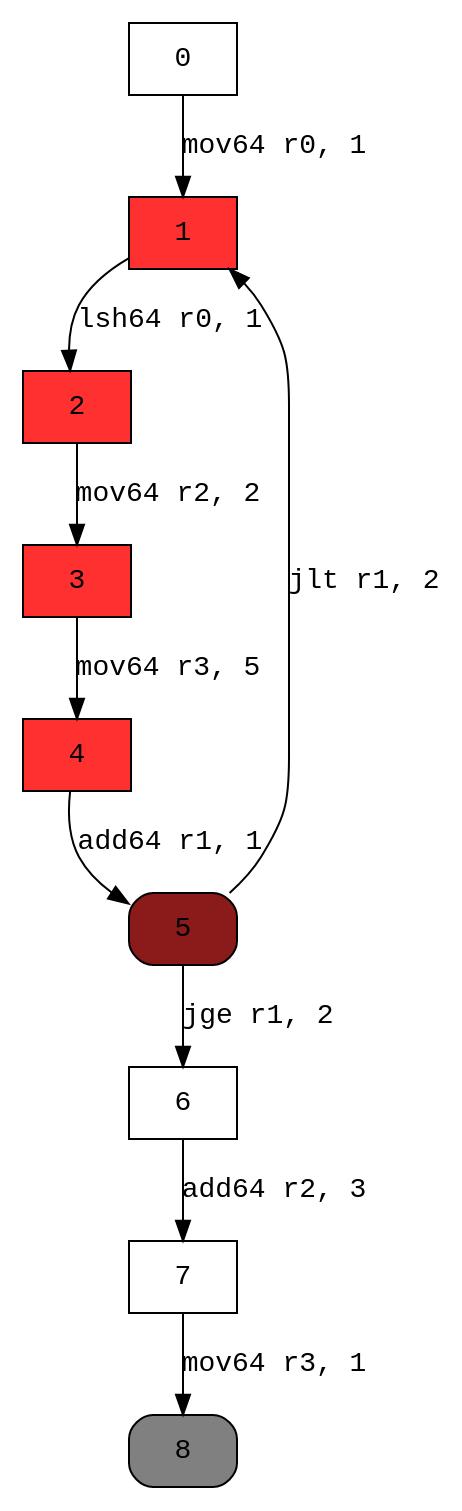
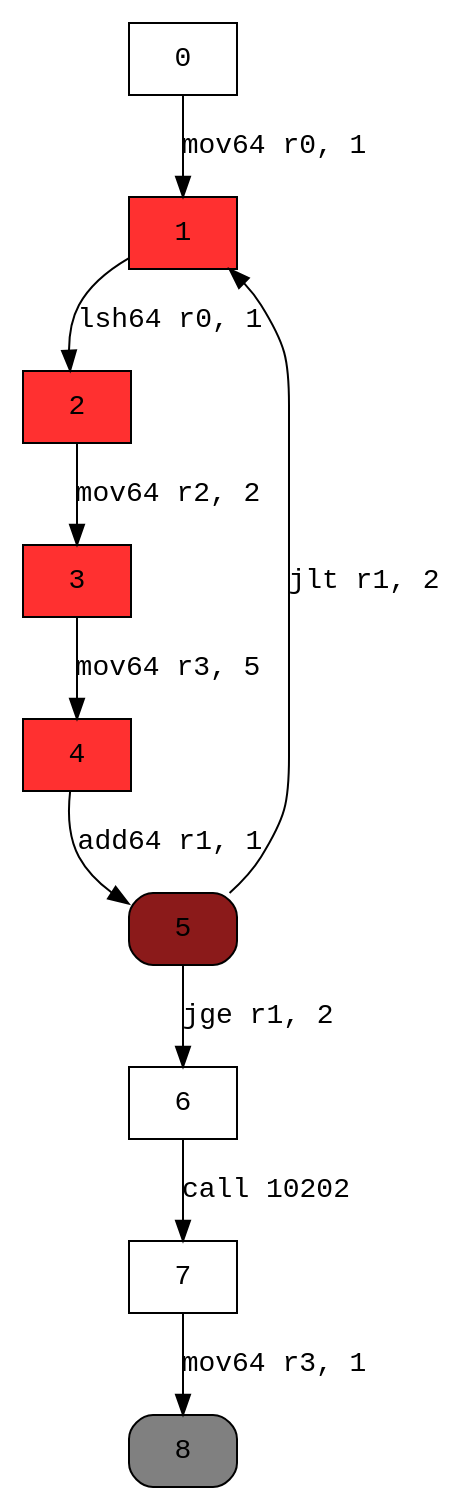
Before and after one commit to XicoCorreia/Information-Flow-Analysis-Thesis: the diagram in examples/graphs/doWhile.dot, drawn with Graphviz. The commit also changed 21 other files, not shown here.

```diff
--- a/examples/graphs/doWhile.dot
+++ b/examples/graphs/doWhile.dot
@@ -1,20 +1,20 @@
 digraph cfg { 
 node [fontname="monospace"];
 node [shape=box];
 edge [fontname="monospace"];
   0 -> 1 [label="mov64 r0, 1"];
   1 -> 2 [label="lsh64 r0, 1"];
   2 -> 3 [label="mov64 r2, 2"];
   3 -> 4 [label="mov64 r3, 5"];
   4 -> 5 [label="add64 r1, 1"];
   5 -> 6 [label="jge r1, 2"];
   5 -> 1 [label="jlt r1, 2"];
-  6 -> 7 [label="add64 r2, 3"];
+  6 -> 7 [label="call 10202"];
   7 -> 8 [label="mov64 r3, 1"];
 1 [style=filled,fillcolor=firebrick1];
 2 [style=filled,fillcolor=firebrick1];
 3 [style=filled,fillcolor=firebrick1];
 4 [style=filled,fillcolor=firebrick1];
 5 [style="rounded,filled",fillcolor=firebrick4];
 8 [style="rounded,filled",fillcolor=grey];
 }
```
